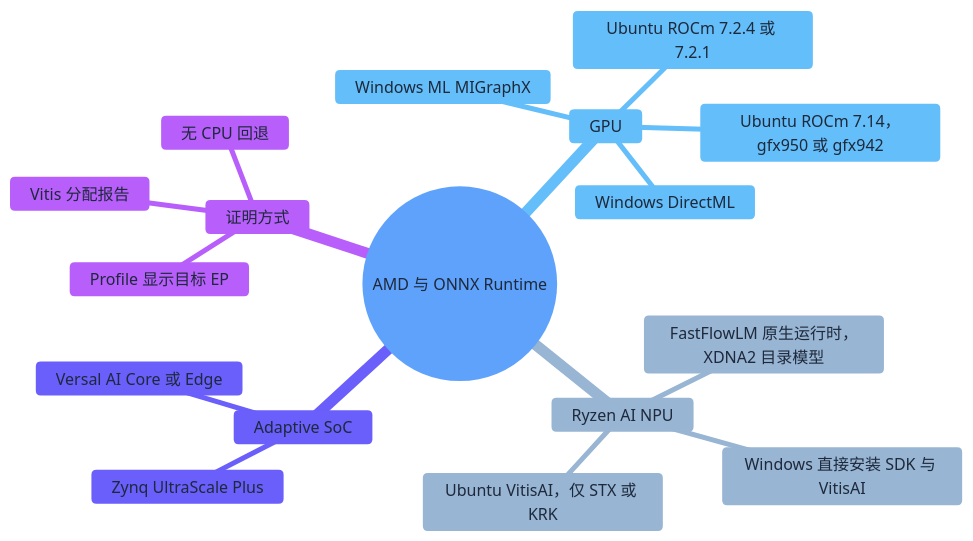
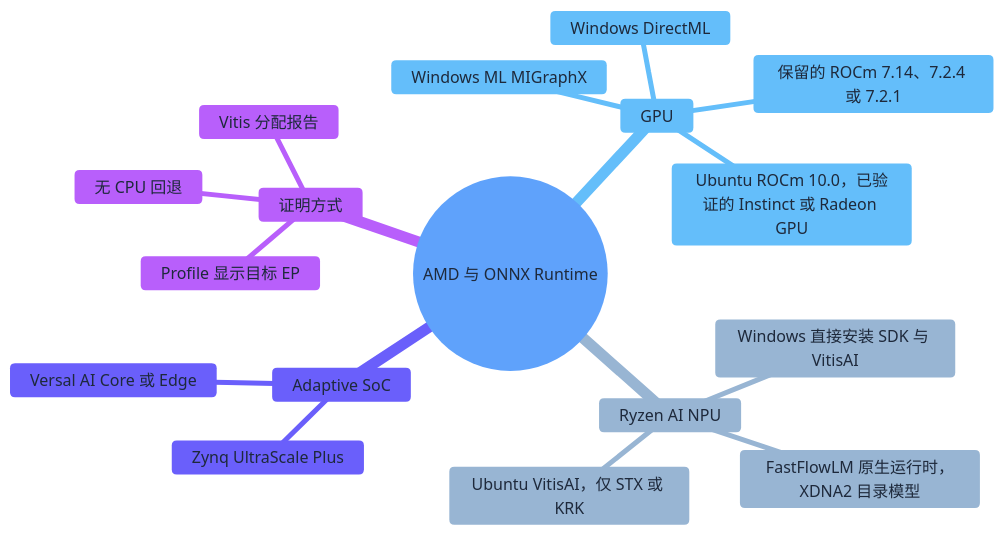
The first of 9 diagrams in AMD/README.zh-CN.md (DakeQQ/Tutorial-ONNX-Runtime-Execution-Providers), drawn with Mermaid before and after one commit. The commit also changed other lines of this file and 42 other files, not shown here.

````diff
--- a/AMD/README.zh-CN.md
+++ b/AMD/README.zh-CN.md
@@ -113,21 +114,21 @@
 ```mermaid
 %%{init: {"theme":"base","themeVariables":{"primaryColor":"#dbeafe","primaryTextColor":"#1e293b","primaryBorderColor":"#3b82f6","secondaryColor":"#e0f2fe","secondaryTextColor":"#1e293b","tertiaryColor":"#f1f5f9","tertiaryTextColor":"#1e293b","lineColor":"#94a3b8"},"themeCSS":".mindmap-node text{fill:#1e293b !important;} .mindmap-node span{color:#1e293b !important;}"}}%%
 mindmap
   root((AMD 与 ONNX Runtime))
     GPU
       Windows DirectML
       Windows ML MIGraphX
-      Ubuntu ROCm 7.14，gfx950 或 gfx942
-      Ubuntu ROCm 7.2.4 或 7.2.1
+      Ubuntu ROCm 10.0，已验证的 Instinct 或 Radeon GPU
+      保留的 ROCm 7.14、7.2.4 或 7.2.1
     Ryzen AI NPU
       FastFlowLM 原生运行时，XDNA2 目录模型
       Windows 直接安装 SDK 与 VitisAI
       Ubuntu VitisAI，仅 STX 或 KRK
     Adaptive SoC
       Zynq UltraScale Plus
       Versal AI Core 或 Edge
     证明方式
       Profile 显示目标 EP
       无 CPU 回退
       Vitis 分配报告
 ```
````
